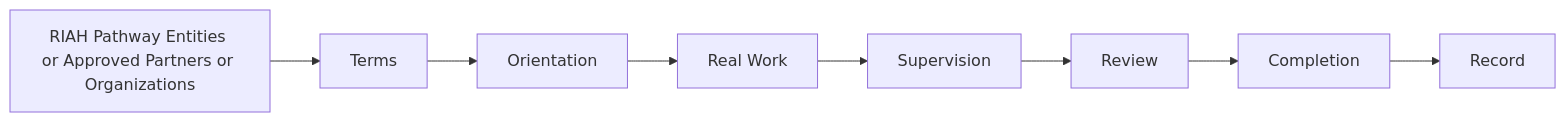
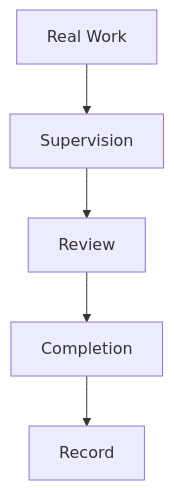
Before and after one commit to RIAHPathway/Website-Draft: diagram 13 of 17 in RIAH-PATHWAY-EXPERIENTIAL-STRUCTURE/EXPERIENTIAL-STRUCTURE.md, drawn with Mermaid. The commit also changed other lines of this file, not shown here.

Commit message:
Break experiential Mermaid processes into readable high-level flows

````diff
--- a/RIAH-PATHWAY-EXPERIENTIAL-STRUCTURE/EXPERIENTIAL-STRUCTURE.md
+++ b/RIAH-PATHWAY-EXPERIENTIAL-STRUCTURE/EXPERIENTIAL-STRUCTURE.md
@@ -295,10 +348,7 @@
 ```mermaid
-flowchart LR
-    A[RIAH Pathway Entities or Approved Partners or Organizations] --> B[Terms]
-    B --> C[Orientation]
-    C --> D[Real Work]
-    D --> E[Supervision]
-    E --> F[Review]
-    F --> G[Completion]
-    G --> H[Record]
+flowchart TD
+    A[Real Work] --> B[Supervision]
+    B --> C[Review]
+    C --> D[Completion]
+    D --> E[Record]
 ```
````
